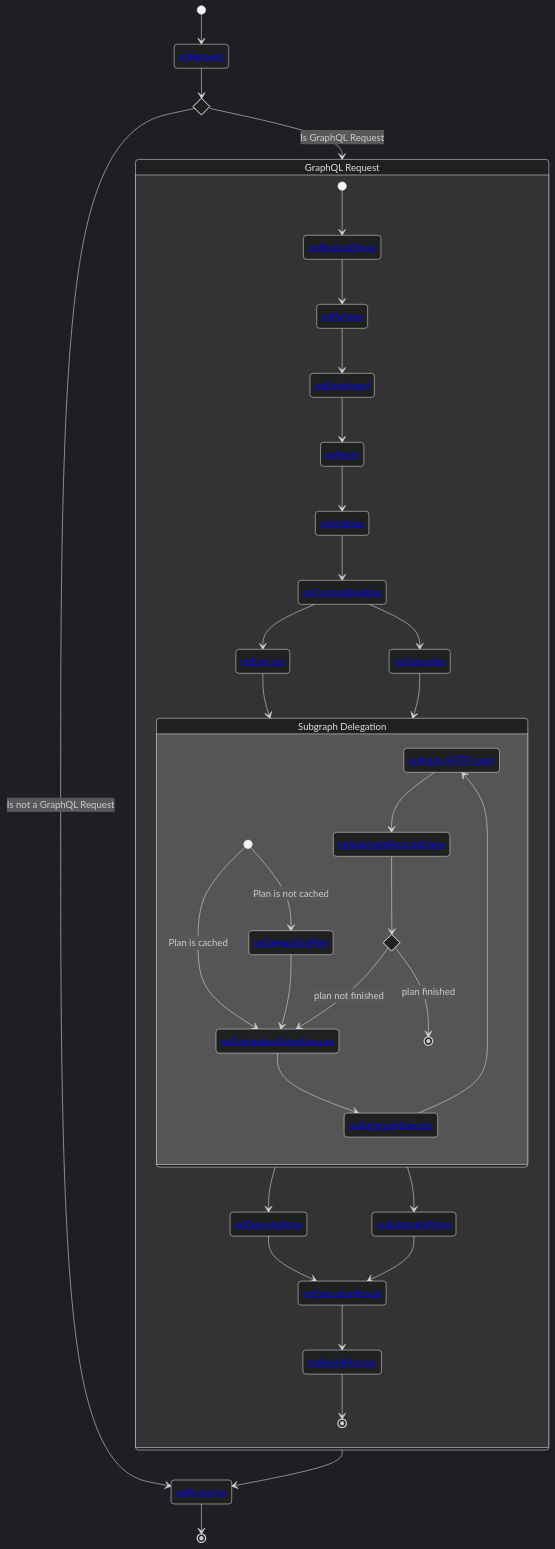
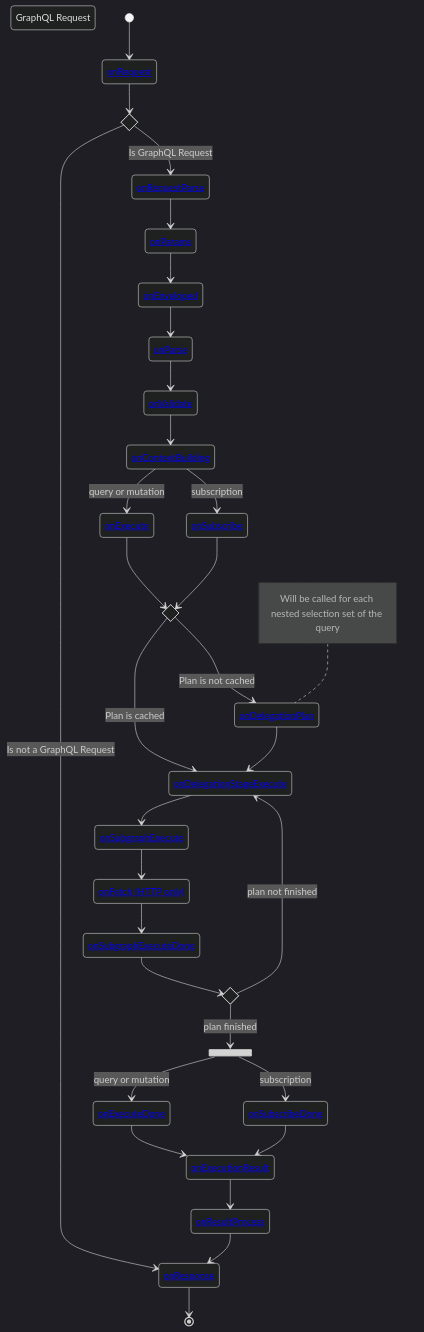
The second of 2 diagrams in packages/web/docs/src/pages/docs/gateway/other-features/plugins.mdx (graphql-hive/console), drawn with Mermaid (dark theme) before and after one commit. The commit also changed other lines of this file, not shown here.

Commit message:
add diagram for gateway lifecycle

````diff
--- a/packages/web/docs/src/pages/docs/gateway/other-features/plugins.mdx
+++ b/packages/web/docs/src/pages/docs/gateway/other-features/plugins.mdx
@@ -184,77 +202,74 @@
 ```mermaid
 stateDiagram-v2
   onRequest: <a href="#onrequest">onRequest</a>
   onResponse: <a href="#onresponse">onResponse</a>
   GraphQLRequest: GraphQL Request
 
   [*] --> onRequest
 
   state onRequest_if_state <<choice>>
 
   onRequest --> onRequest_if_state
 
   onRequest_if_state --> onResponse: Is not a GraphQL Request
-  onRequest_if_state --> GraphQLRequest: Is GraphQL Request
+  onRequest_if_state --> onRequestParse: Is GraphQL Request
 
-  state GraphQLRequest {
-    onRequestParse: <a href="#onrequestparse">onRequestParse</a>
-    onParams: <a href="#onparams">onParams</a>
-    onEnveloped: <a href="#onenveloped">onEnveloped</a>
-    onParse: <a href="#onparse">onParse</a>
-    onValidate: <a href="#onvalidate">onValidate</a>
-    onContextBuilding: <a href="oncontextbuilding">onContextBuilding</a>
-    onExecute: <a href="#onexecute">onExecute</a>
-    onSubscribe: <a href="#onsubscribe">onSubscribe</a>
+  onRequestParse: <a href="#onrequestparse">onRequestParse</a>
+  onParams: <a href="#onparams">onParams</a>
+  onEnveloped: <a href="#onenveloped">onEnveloped</a>
+  onParse: <a href="#onparse">onParse</a>
+  onValidate: <a href="#onvalidate">onValidate</a>
+  onContextBuilding: <a href="oncontextbuilding">onContextBuilding</a>
+  onExecute: <a href="#onexecute">onExecute</a>
+  onSubscribe: <a href="#onsubscribe">onSubscribe</a>
 
-    onExecuteDone: <a href="#onexecutedone">onExecuteDone</a>
-    onFetch: <a href="#onfetch">onFetch (HTTP only)</a>
-    onSubscribeDone: <a href="#onsubscribedone">onSubscribeDone</a>
-    onExecutionResult: <a href="#onexecutionresult">onExecutionResult</a>
-    onResultProcess: <a href="#onresultprocess">onResultProcess</a>
+  onExecuteDone: <a href="#onexecutedone">onExecuteDone</a>
+  onFetch: <a href="#onfetch">onFetch (HTTP only)</a>
+  onSubscribeDone: <a href="#onsubscribedone">onSubscribeDone</a>
+  onExecutionResult: <a href="#onexecutionresult">onExecutionResult</a>
+  onResultProcess: <a href="#onresultprocess">onResultProcess</a>
+  onDelegationPlan: <a href="#ondelegationplan">onDelegationPlan</a>
+  onDelegationStageExecute: <a href="#ondelegationstageexecute">onDelegationStageExecute</a>
+  onSubgraphExecute: <a href="#onsubgraphexecute">onSubgraphExecute</a>
+  onSubgraphExecuteDone: <a href="#onsubgraphexecutedone">onSubgraphExecuteDone</a>
 
 
-    [*] --> onRequestParse
-    onRequestParse --> onParams
-    onParams --> onEnveloped
-    onEnveloped --> onParse
-    onParse --> onValidate
-    onValidate --> onContextBuilding
-    onContextBuilding --> onExecute
-    onContextBuilding --> onSubscribe
+  onRequestParse --> onParams
+  onParams --> onEnveloped
+  onEnveloped --> onParse
+  onParse --> onValidate
+  onValidate --> onContextBuilding
+  onContextBuilding --> onExecute: query or mutation
+  onContextBuilding --> onSubscribe: subscription
 
-    onExecute --> SubgraphDelegation
-    onSubscribe --> SubgraphDelegation
+  state is_plan_cached <<choice>>
+  onExecute --> is_plan_cached
+  onSubscribe --> is_plan_cached
+  is_plan_cached --> onDelegationPlan: Plan is not cached
+  is_plan_cached --> onDelegationStageExecute: Plan is cached
 
-    SubgraphDelegation: Subgraph Delegation
-    state SubgraphDelegation {
-      onDelegationPlan: <a href="#ondelegationplan">onDelegationPlan</a>
-      onDelegationStageExecute: <a href="#ondelegationstageexecute">onDelegationStageExecute</a>
-      onSubgraphExecute: <a href="#onsubgraphexecute">onSubgraphExecute</a>
-      onSubgraphExecuteDone: <a href="#onsubgraphexecutedone">onSubgraphExecuteDone</a>
+  note left of onDelegationPlan
+    Will be called for each nested selection set of the query
+  end note
+  onDelegationPlan --> onDelegationStageExecute
+  onDelegationStageExecute --> onSubgraphExecute
+  onSubgraphExecute --> onFetch
+  onFetch --> onSubgraphExecuteDone
 
-      [*] --> onDelegationPlan: Plan is not cached
-      [*] --> onDelegationStageExecute: Plan is cached
-      onDelegationPlan --> onDelegationStageExecute
-      onDelegationStageExecute --> onSubgraphExecute
-      onSubgraphExecute --> onFetch
-      onFetch --> onSubgraphExecuteDone
+  state is_plan_finished <<choice>>
+  onSubgraphExecuteDone --> is_plan_finished
+  is_plan_finished --> onDelegationStageExecute: plan not finished
 
-      state is_plan_finished <<choice>>
-      onSubgraphExecuteDone --> is_plan_finished
-      is_plan_finished --> onDelegationStageExecute: plan not finished
-      is_plan_finished --> [*]: plan finished
-    }
-
-    SubgraphDelegation --> onExecuteDone
-    SubgraphDelegation --> onSubscribeDone
+  state end_of_execution <<fork>>
+  is_plan_finished --> end_of_execution: plan finished
+  end_of_execution --> onExecuteDone: query or mutation
+  end_of_execution --> onSubscribeDone: subscription
 
     onExecuteDone --> onExecutionResult
     onSubscribeDone --> onExecutionResult
 
     onExecutionResult --> onResultProcess
-    onResultProcess --> [*]
-  }
 
-  GraphQLRequest --> onResponse
+  onResultProcess --> onResponse
   onResponse --> [*]
 ```
````
